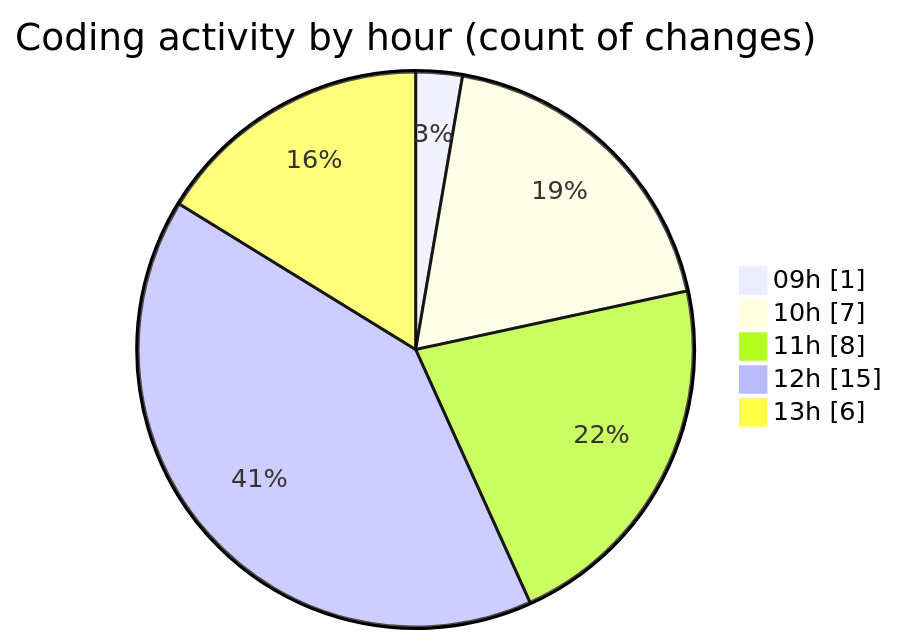
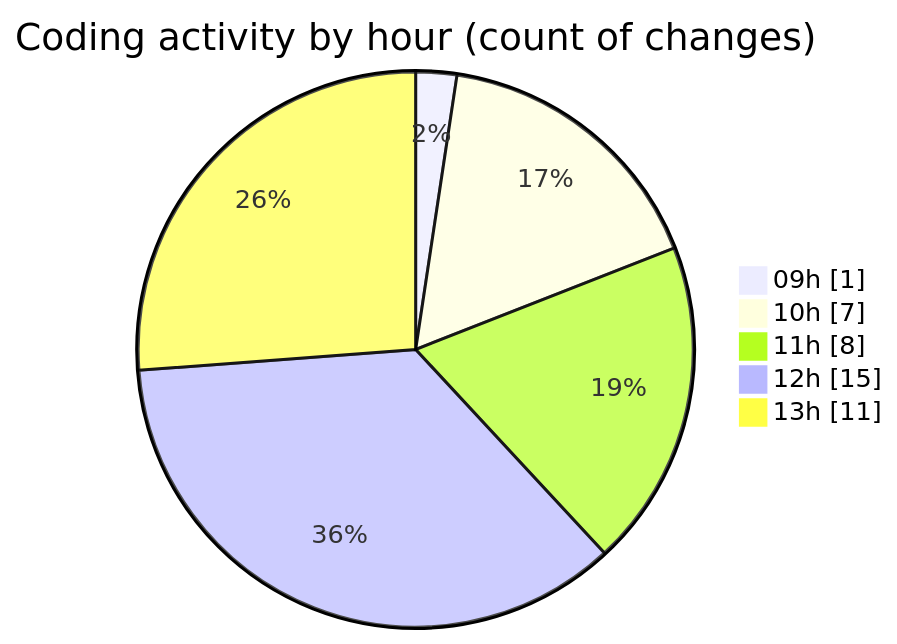
Before and after one commit to Elitesun/code-tracking: the second of 2 diagrams in 2025-02-12/elitegpt/README.md, drawn with Mermaid. The commit also changed other lines of this file and 1 other file, not shown here.

````diff
--- a/2025-02-12/elitegpt/README.md
+++ b/2025-02-12/elitegpt/README.md
@@ -42,9 +42,9 @@
 ```mermaid
 pie showData
 title Coding activity by hour (count of changes)
 "09h" : 1
 "10h" : 7
 "11h" : 8
 "12h" : 15
-"13h" : 6
+"13h" : 11
 ```
````
